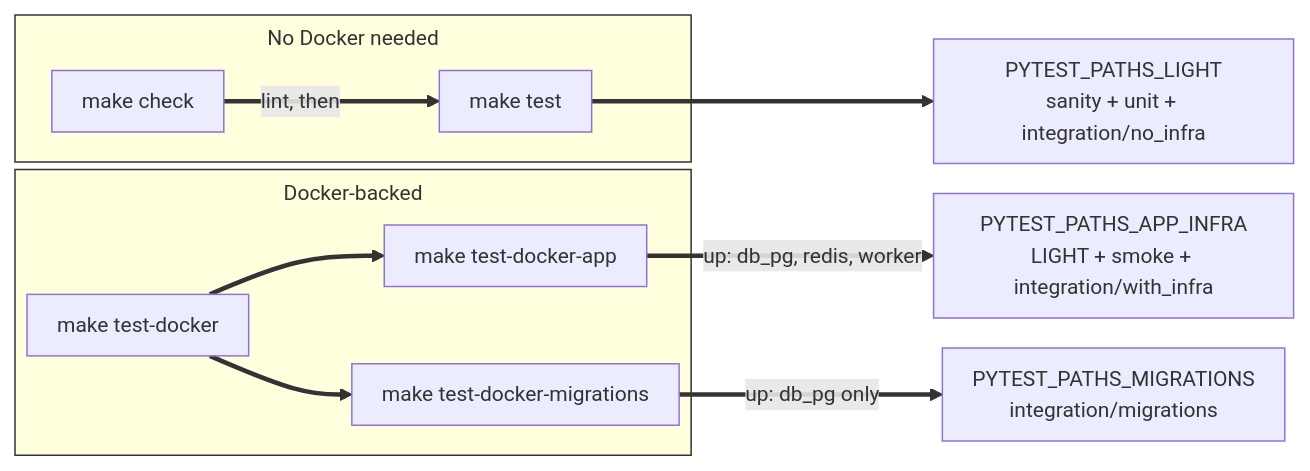
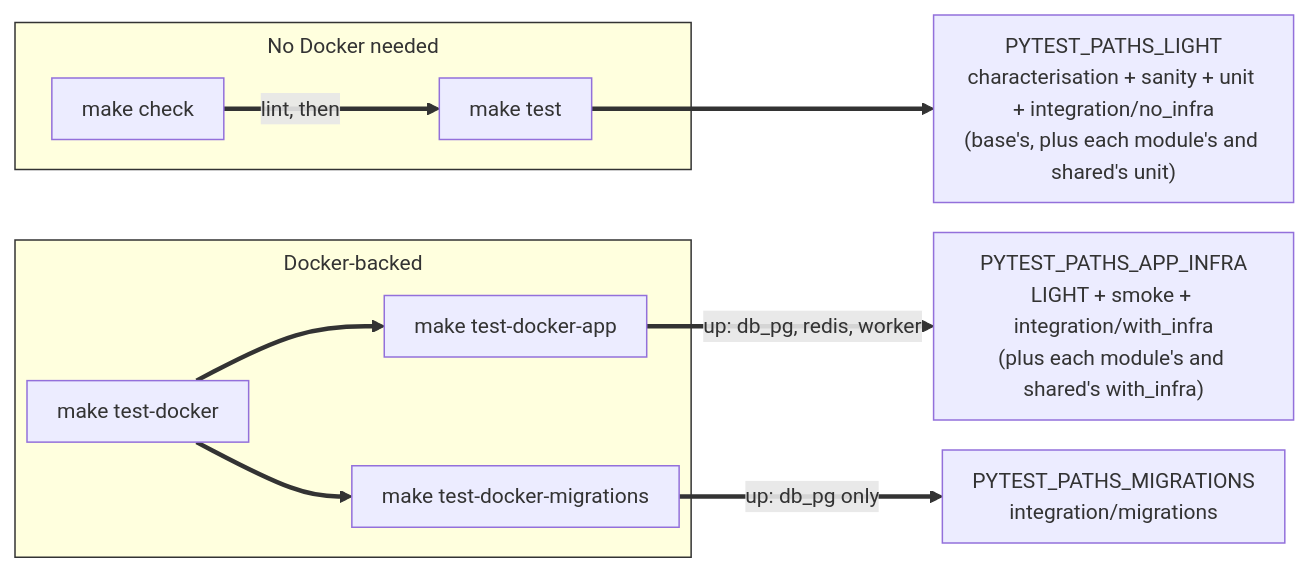
One commit to Kgotso-Koete/fastapi-clean-example changed the first of 2 diagrams in docs/wiki/content/testing/running-tests.md. Above: the diagram before and after it, drawn with Mermaid. The commit also changed other lines of this file and 1006 other files, not shown here.

Commit message:
feat(modules): split the app into base, Organizations and Notifications modules, and shared (v0.20.0) (#19)

````diff
--- a/docs/wiki/content/testing/running-tests.md
+++ b/docs/wiki/content/testing/running-tests.md
@@ -34,30 +41,30 @@
     ```mermaid
     %%{init: {"theme": "default", "themeVariables": {"fontSize": "14px"}, "flowchart": {"nodeSpacing": 20, "rankSpacing": 16, "padding": 10, "subGraphTitleMargin": {"top": 5, "bottom": 12}, "useMaxWidth": false}}}%%
     flowchart LR
         subgraph nodock["No Docker needed"]
             mtest["make test"]
             mcheck["make check"]
         end
 
         subgraph dock["Docker-backed"]
             mtestapp["make test-docker-app"]
             mmig["make test-docker-migrations"]
             mall["make test-docker"]
         end
 
-        light["PYTEST_PATHS_LIGHT<br/>sanity + unit + integration/no_infra"]
-        appinfra["PYTEST_PATHS_APP_INFRA<br/>LIGHT + smoke + integration/with_infra"]
+        light["PYTEST_PATHS_LIGHT<br/>characterisation + sanity + unit + integration/no_infra<br/>(base's, plus each module's and shared's unit)"]
+        appinfra["PYTEST_PATHS_APP_INFRA<br/>LIGHT + smoke + integration/with_infra<br/>(plus each module's and shared's with_infra)"]
         migpaths["PYTEST_PATHS_MIGRATIONS<br/>integration/migrations"]
 
         mtest --> light
         mcheck -->|"lint, then"| mtest
 
         mtestapp -->|"up: db_pg, redis, worker"| appinfra
         mmig -->|"up: db_pg only"| migpaths
         mall --> mtestapp
         mall --> mmig
 
         linkStyle default stroke-width:3px,stroke:#333333
         style nodock stroke-width:1px,stroke:#333333
         style dock stroke-width:1px,stroke:#333333
     ```
````
